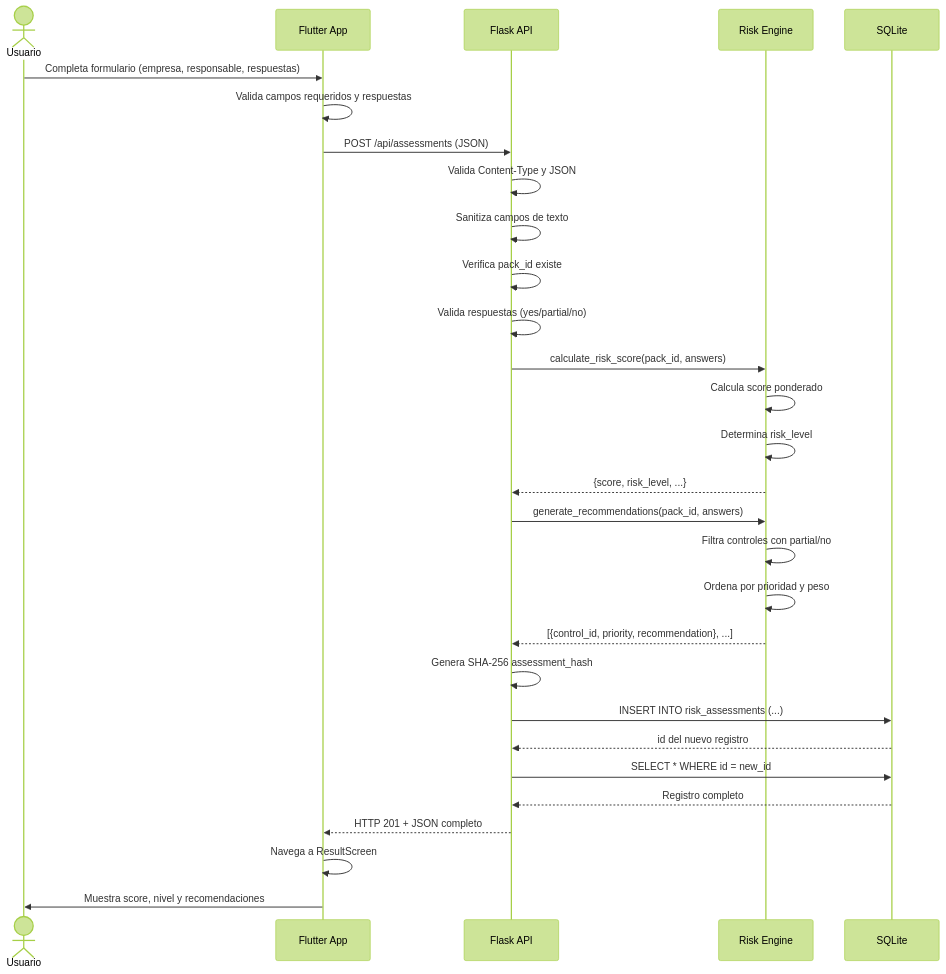
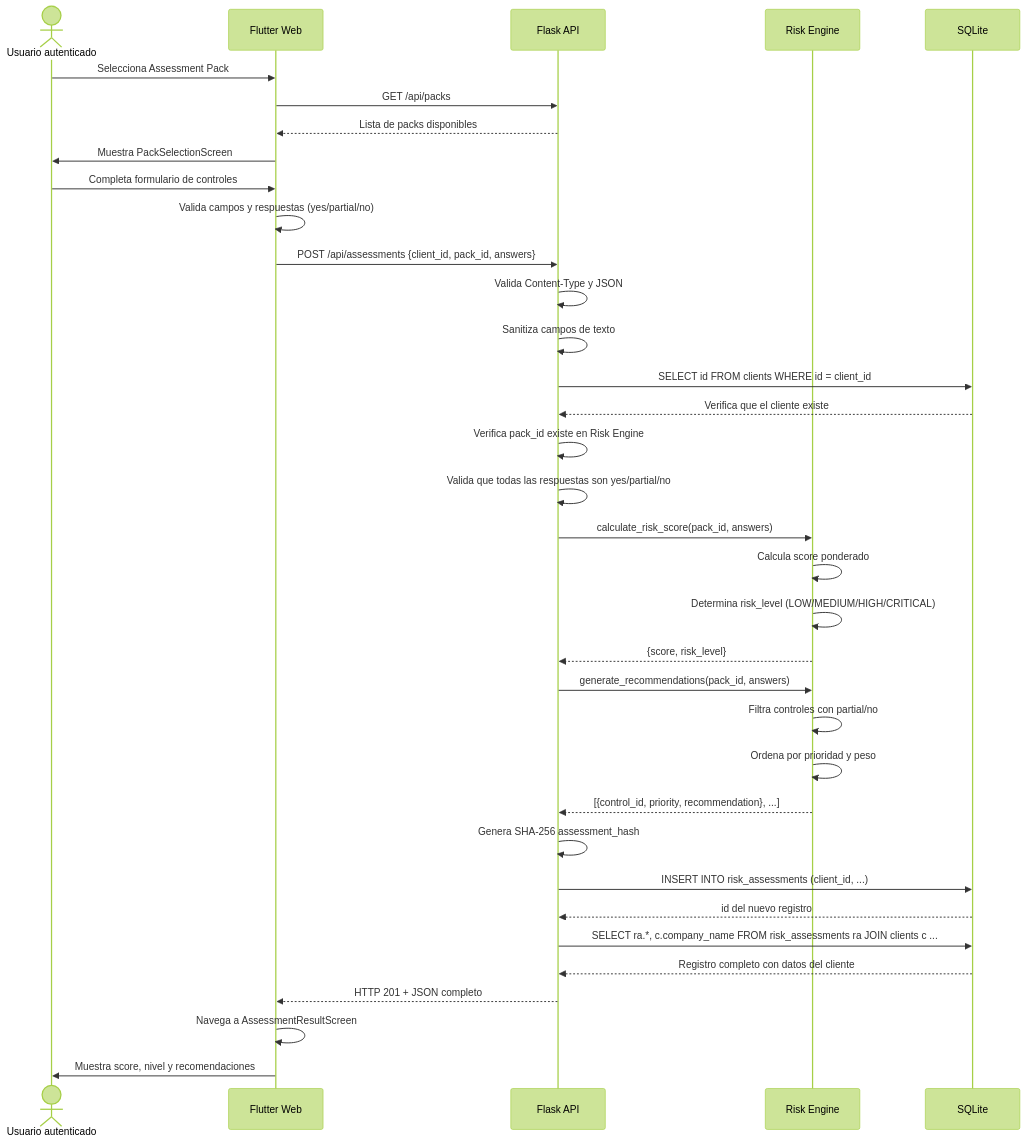
One commit to danielmunozus/tds-sentinel-mvp changed the second of 4 diagrams in docs/flows/risk-evaluation-flow.md. Above: the diagram before and after it, drawn with Mermaid (forest theme). The commit also changed other lines of this file and 4 other files, not shown here.

````diff
--- a/docs/flows/risk-evaluation-flow.md
+++ b/docs/flows/risk-evaluation-flow.md
@@ -5,37 +42,45 @@
 ```mermaid
 sequenceDiagram
-    actor U as Usuario
-    participant F as Flutter App
+    actor U as Usuario autenticado
+    participant F as Flutter Web
     participant A as Flask API
     participant E as Risk Engine
     participant D as SQLite
 
-    U->>F: Completa formulario (empresa, responsable, respuestas)
-    F->>F: Valida campos requeridos y respuestas
-    F->>A: POST /api/assessments (JSON)
+    U->>F: Selecciona Assessment Pack
+    F->>A: GET /api/packs
+    A-->>F: Lista de packs disponibles
+    F->>U: Muestra PackSelectionScreen
+
+    U->>F: Completa formulario de controles
+    F->>F: Valida campos y respuestas (yes/partial/no)
+    F->>A: POST /api/assessments {client_id, pack_id, answers}
 
     A->>A: Valida Content-Type y JSON
     A->>A: Sanitiza campos de texto
-    A->>A: Verifica pack_id existe
-    A->>A: Valida respuestas (yes/partial/no)
+    A->>D: SELECT id FROM clients WHERE id = client_id
+    D-->>A: Verifica que el cliente existe
+
+    A->>A: Verifica pack_id existe en Risk Engine
+    A->>A: Valida que todas las respuestas son yes/partial/no
 
     A->>E: calculate_risk_score(pack_id, answers)
     E->>E: Calcula score ponderado
-    E->>E: Determina risk_level
-    E-->>A: {score, risk_level, ...}
+    E->>E: Determina risk_level (LOW/MEDIUM/HIGH/CRITICAL)
+    E-->>A: {score, risk_level}
 
     A->>E: generate_recommendations(pack_id, answers)
     E->>E: Filtra controles con partial/no
     E->>E: Ordena por prioridad y peso
     E-->>A: [{control_id, priority, recommendation}, ...]
 
     A->>A: Genera SHA-256 assessment_hash
-    A->>D: INSERT INTO risk_assessments (...)
+    A->>D: INSERT INTO risk_assessments (client_id, ...)
     D-->>A: id del nuevo registro
-    A->>D: SELECT * WHERE id = new_id
-    D-->>A: Registro completo
+    A->>D: SELECT ra.*, c.company_name FROM risk_assessments ra JOIN clients c ...
+    D-->>A: Registro completo con datos del cliente
 
     A-->>F: HTTP 201 + JSON completo
-    F->>F: Navega a ResultScreen
+    F->>F: Navega a AssessmentResultScreen
     F->>U: Muestra score, nivel y recomendaciones
 ```
````
